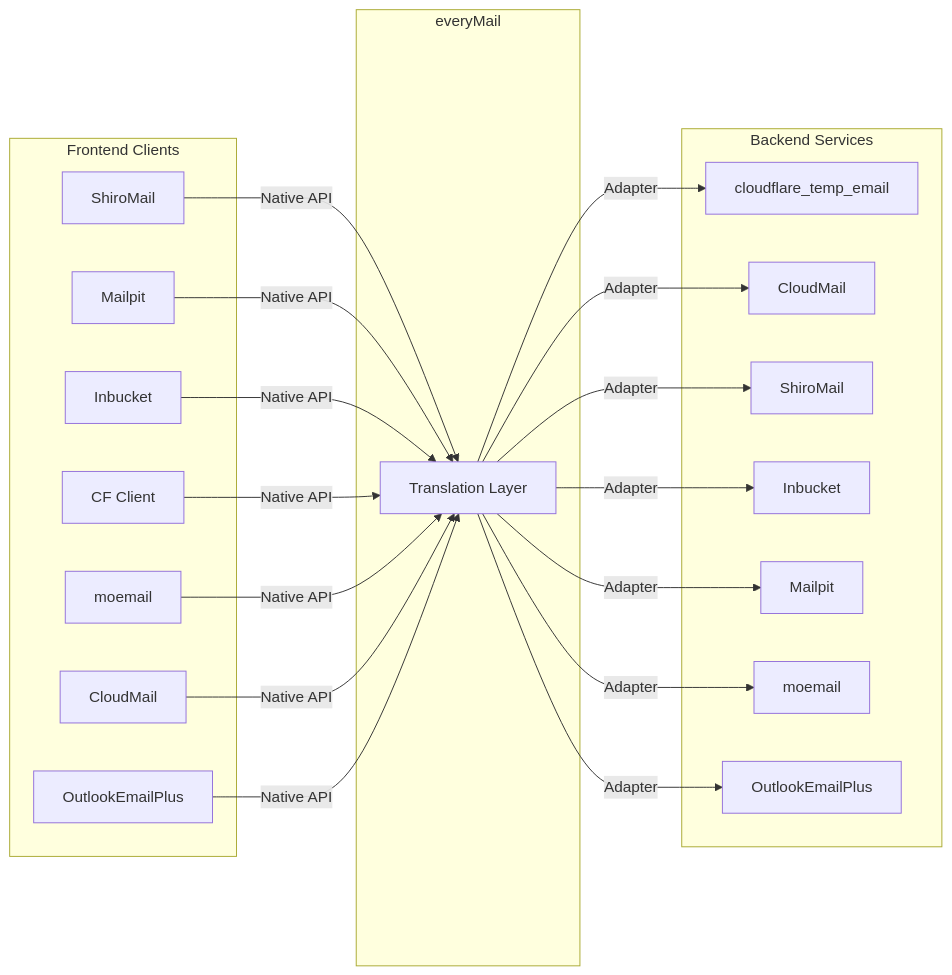
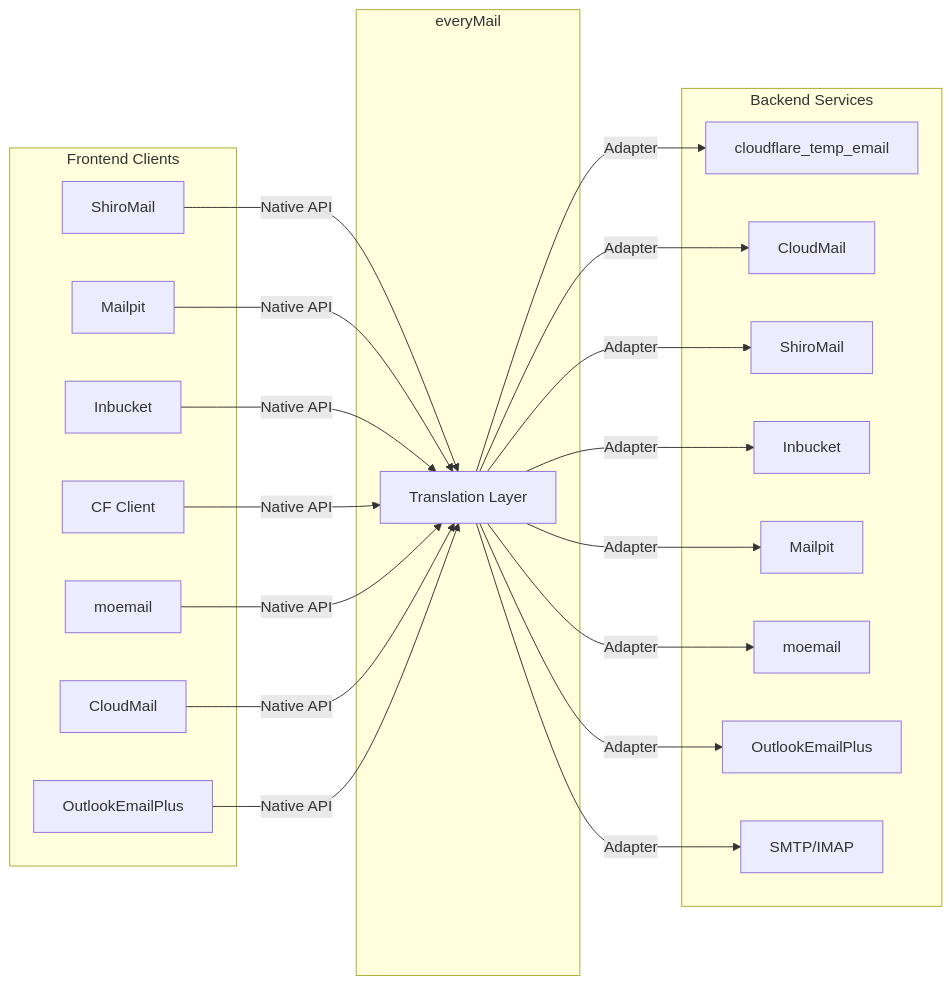
One commit to WangChuDi/everyMail changed the first of 3 diagrams in README.en.md. Above: the diagram before and after it, drawn with Mermaid. The commit also changed other lines of this file and 2 other files, not shown here.

First line of the commit message:
docs: document SMTP IMAP backend setup

````diff
--- a/README.en.md
+++ b/README.en.md
@@ -11,29 +11,30 @@
 ```mermaid
 graph LR
     subgraph Frontend Clients
         A[ShiroMail]
         B[Mailpit]
         C[Inbucket]
         D[CF Client]
         E[moemail]
         F[CloudMail]
         O[OutlookEmailPlus]
     end
 
     subgraph everyMail
         G[Translation Layer]
     end
 
     subgraph Backend Services
         H[cloudflare_temp_email]
         I[CloudMail]
         J[ShiroMail]
         K[Inbucket]
         L[Mailpit]
         M[moemail]
         N[OutlookEmailPlus]
+        P[SMTP/IMAP]
     end
 
     A & B & C & D & E & F & O -->|Native API| G
-    G -->|Adapter| H & I & J & K & L & M & N
+    G -->|Adapter| H & I & J & K & L & M & N & P
 ```
````
